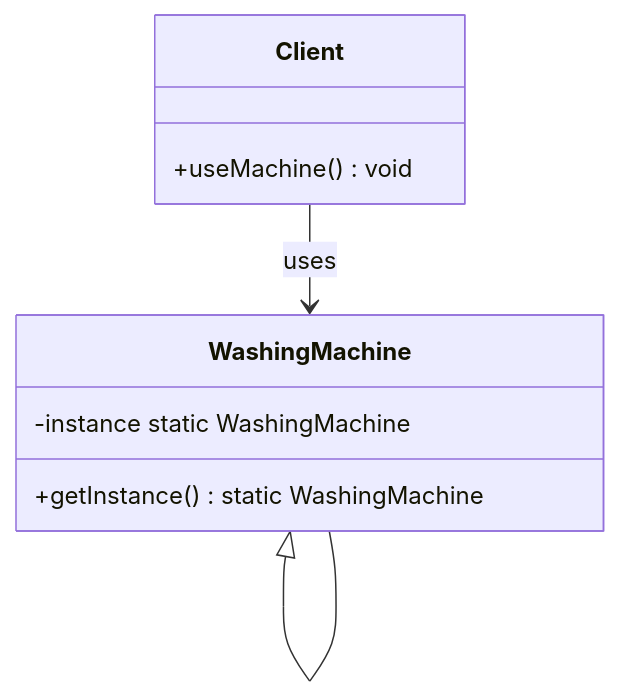
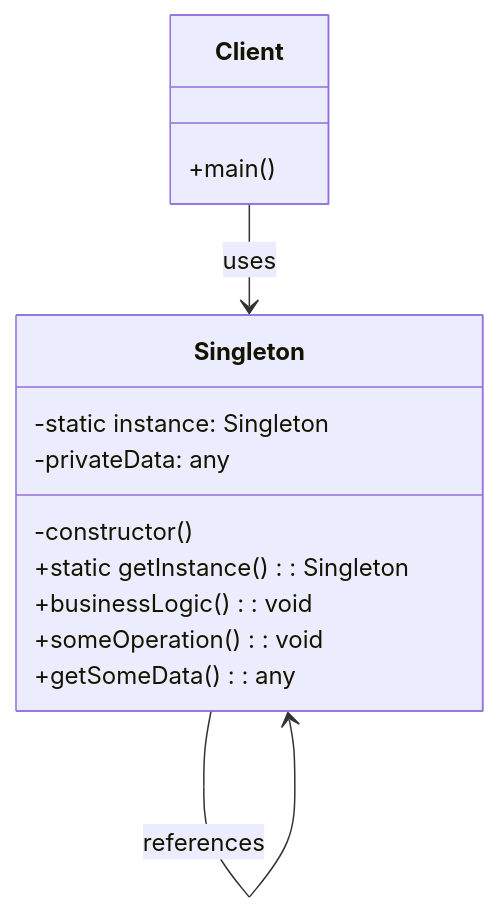
Before and after one commit to TaiChi112/Documents: the diagram in Design_Pattern/docs/creational/design/singleton.md, drawn with Mermaid. The commit also changed other lines of this file, not shown here.

Commit message:
docs: Enhance Singleton design pattern documentation with detailed UML diagrams, real-world examples, and anti-patterns

````diff
--- a/Design_Pattern/docs/creational/design/singleton.md
+++ b/Design_Pattern/docs/creational/design/singleton.md
@@ -1,12 +17,19 @@
 ```mermaid
 classDiagram
-    class WashingMachine {
-        -instance static WashingMachine
-        +getInstance() static WashingMachine
+    class Singleton {
+        -static instance: Singleton
+        -privateData: any
+        -constructor()
+        +static getInstance(): Singleton
+        +businessLogic(): void
+        +someOperation(): void
+        +getSomeData(): any
     }
+    
     class Client {
-        +useMachine() void
+        +main()
     }
-    WashingMachine <|-- WashingMachine
-    Client --> WashingMachine : uses
+    
+    Singleton --> Singleton : references
+    Client --> Singleton : uses
 ```
````
